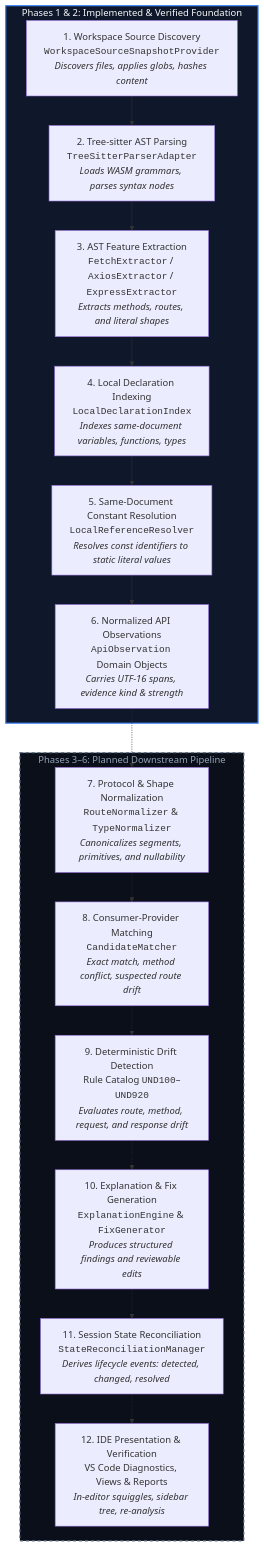
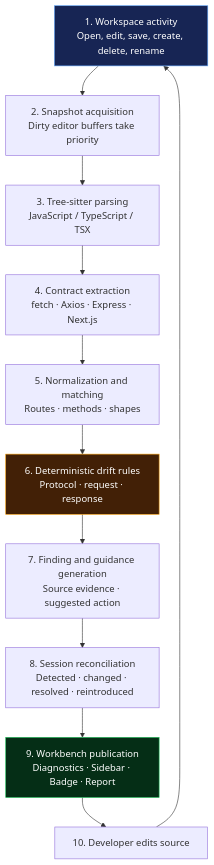
One commit to parnilV06/undrift changed the third of 9 diagrams in README.md. Above: the diagram before and after it, drawn with Mermaid. The commit also changed other lines of this file, not shown here.

````diff
--- a/README.md
+++ b/README.md
@@ -142,36 +187,17 @@
 ```mermaid
 flowchart TD
-    subgraph Implemented ["Phases 1 & 2: Implemented & Verified Foundation"]
-        A["1. Workspace Source Discovery<br/><code>WorkspaceSourceSnapshotProvider</code><br/><i>Discovers files, applies globs, hashes content</i>"]
-        B["2. Tree-sitter AST Parsing<br/><code>TreeSitterParserAdapter</code><br/><i>Loads WASM grammars, parses syntax nodes</i>"]
-        C["3. AST Feature Extraction<br/><code>FetchExtractor</code> / <code>AxiosExtractor</code> / <code>ExpressExtractor</code><br/><i>Extracts methods, routes, and literal shapes</i>"]
-        D["4. Local Declaration Indexing<br/><code>LocalDeclarationIndex</code><br/><i>Indexes same-document variables, functions, types</i>"]
-        E["5. Same-Document Constant Resolution<br/><code>LocalReferenceResolver</code><br/><i>Resolves const identifiers to static literal values</i>"]
-        F["6. Normalized API Observations<br/><code>ApiObservation</code> Domain Objects<br/><i>Carries UTF-16 spans, evidence kind & strength</i>"]
+    A["1. Workspace activity<br/>Open, edit, save, create, delete, rename"] --> B["2. Snapshot acquisition<br/>Dirty editor buffers take priority"]
+    B --> C["3. Tree-sitter parsing<br/>JavaScript / TypeScript / TSX"]
+    C --> D["4. Contract extraction<br/>fetch · Axios · Express · Next.js"]
+    D --> E["5. Normalization and matching<br/>Routes · methods · shapes"]
+    E --> F["6. Deterministic drift rules<br/>Protocol · request · response"]
+    F --> G["7. Finding and guidance generation<br/>Source evidence · suggested action"]
+    G --> H["8. Session reconciliation<br/>Detected · changed · resolved · reintroduced"]
+    H --> I["9. Workbench publication<br/>Diagnostics · Sidebar · Badge · Report"]
+    I --> J["10. Developer edits source"]
+    J --> A
 
-        A --> B
-        B --> C
-        C --> D
-        D --> E
-        E --> F
-    end
-
-    subgraph Planned ["Phases 3–6: Planned Downstream Pipeline"]
-        G["7. Protocol & Shape Normalization<br/><code>RouteNormalizer</code> & <code>TypeNormalizer</code><br/><i>Canonicalizes segments, primitives, and nullability</i>"]
-        H["8. Consumer-Provider Matching<br/><code>CandidateMatcher</code><br/><i>Exact match, method conflict, suspected route drift</i>"]
-        I["9. Deterministic Drift Detection<br/>Rule Catalog <code>UND100</code>–<code>UND920</code><br/><i>Evaluates route, method, request, and response drift</i>"]
-        J["10. Explanation & Fix Generation<br/><code>ExplanationEngine</code> & <code>FixGenerator</code><br/><i>Produces structured findings and reviewable edits</i>"]
-        K["11. Session State Reconciliation<br/><code>StateReconciliationManager</code><br/><i>Derives lifecycle events: detected, changed, resolved</i>"]
-        L["12. IDE Presentation & Verification<br/>VS Code Diagnostics, Views & Reports<br/><i>In-editor squiggles, sidebar tree, re-analysis</i>"]
-
-        F -.-> G
-        G -.-> H
-        H -.-> I
-        I -.-> J
-        J -.-> K
-        K -.-> L
-    end
-
-    style Implemented fill:#0f172a,stroke:#3b82f6,stroke-width:2px,color:#f8fafc
-    style Planned fill:#0b0f19,stroke:#64748b,stroke-width:2px,stroke-dasharray: 5 5,color:#94a3b8
+    style A fill:#172554,stroke:#60a5fa,color:#fff
+    style F fill:#422006,stroke:#f59e0b,color:#fff
+    style I fill:#052e16,stroke:#22c55e,color:#fff
 ```
````
